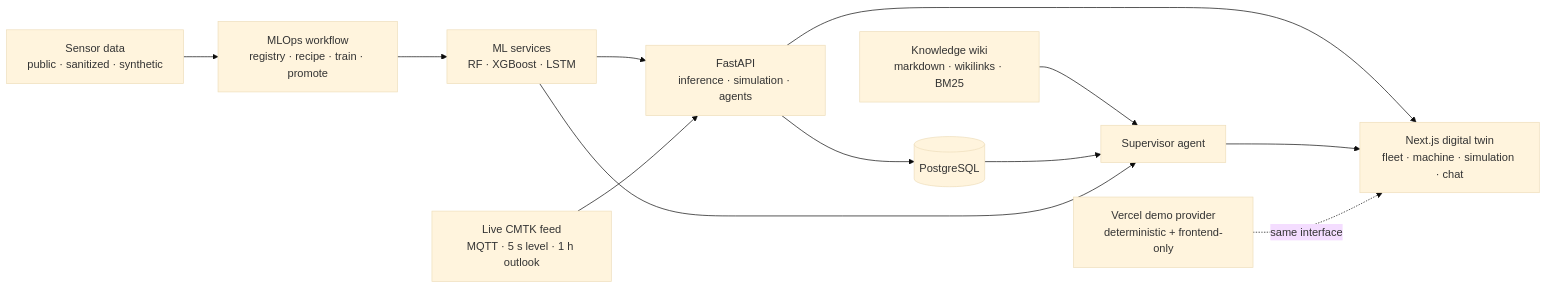
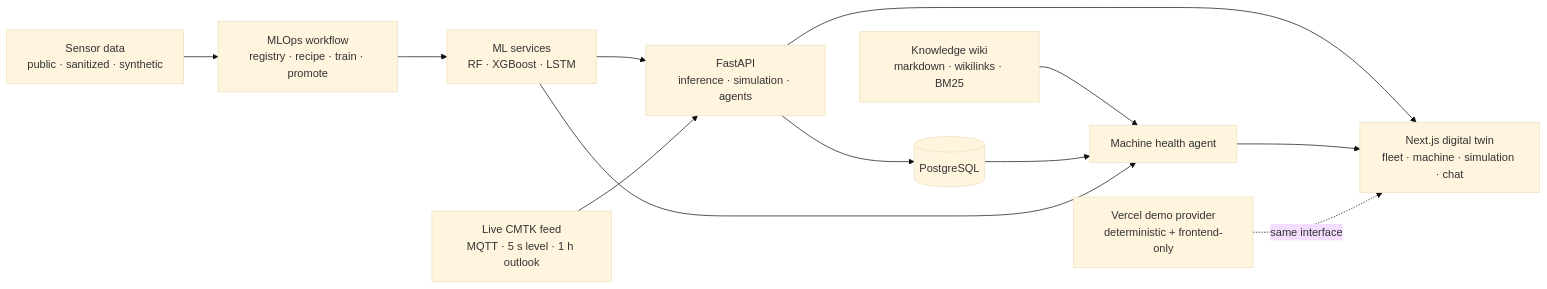
The diagram in README.md (NathanVuSwinburne/predictive-maintenance-digital-twin-demo), drawn with Mermaid (base theme) before and after one commit. The commit also changed other lines of this file and 2 other files, not shown here.

First line of the commit message:
docs(readme): call the assistant a machine health agent, not a supervisor

````diff
--- a/README.md
+++ b/README.md
@@ -454,14 +454,14 @@
 ```mermaid
 flowchart LR
     Sensors["Sensor data<br/>public · sanitized · synthetic"] --> MLOps["MLOps workflow<br/>registry · recipe · train · promote"]
     MLOps --> Models["ML services<br/>RF · XGBoost · LSTM"]
     Models --> API["FastAPI<br/>inference · simulation · agents"]
     API --> DB[(PostgreSQL)]
     API --> UI["Next.js digital twin<br/>fleet · machine · simulation · chat"]
     Live["Live CMTK feed<br/>MQTT · 5 s level · 1 h outlook"] --> API
-    Wiki["Knowledge wiki<br/>markdown · wikilinks · BM25"] --> Agent["Supervisor agent"]
+    Wiki["Knowledge wiki<br/>markdown · wikilinks · BM25"] --> Agent["Machine health agent"]
     DB --> Agent
     Models --> Agent
     Agent --> UI
     Demo["Vercel demo provider<br/>deterministic + frontend-only"] -. same interface .-> UI
 ```
````
